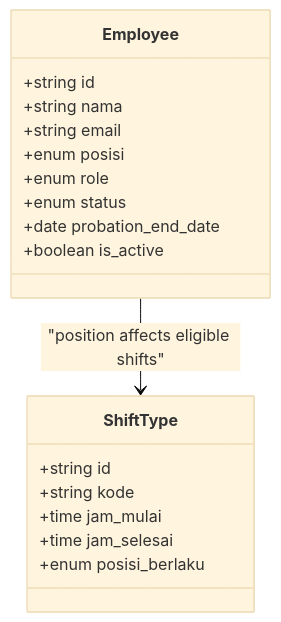
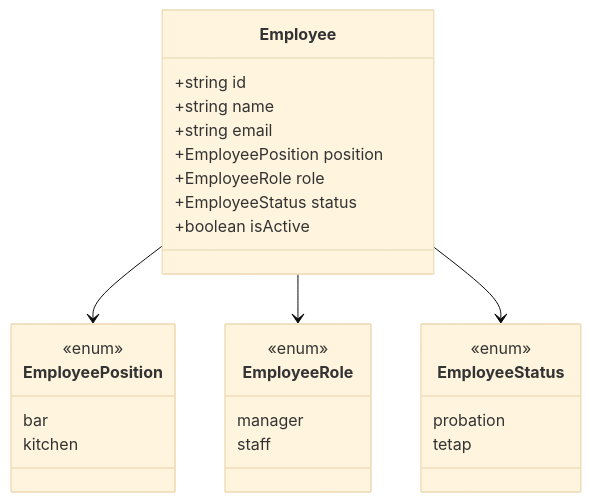
Before and after one commit to epo33m/scheduling: the fifth of 9 diagrams in .qoder/repowiki/en/content/Product Requirements Document/Functional Specifications/Employee Management Module (F2).md, drawn with Mermaid (base theme). The commit also changed other lines of this file and 2 other files, not shown here.

````diff
--- a/.qoder/repowiki/en/content/Product Requirements Document/Functional Specifications/Employee Management Module (F2).md
+++ b/.qoder/repowiki/en/content/Product Requirements Document/Functional Specifications/Employee Management Module (F2).md
@@ -148,21 +211,30 @@
 ```mermaid
 classDiagram
 class Employee {
 +string id
-+string nama
++string name
 +string email
-+enum posisi
-+enum role
-+enum status
-+date probation_end_date
-+boolean is_active
++EmployeePosition position
++EmployeeRole role
++EmployeeStatus status
++boolean isActive
 }
-class ShiftType {
-+string id
-+string kode
-+time jam_mulai
-+time jam_selesai
-+enum posisi_berlaku
+class EmployeePosition {
+<<enum>>
+bar
+kitchen
 }
-Employee --> ShiftType : "position affects eligible shifts"
+class EmployeeRole {
+<<enum>>
+manager
+staff
+}
+class EmployeeStatus {
+<<enum>>
+probation
+tetap
+}
+Employee --> EmployeePosition
+Employee --> EmployeeRole
+Employee --> EmployeeStatus
 ```
````
